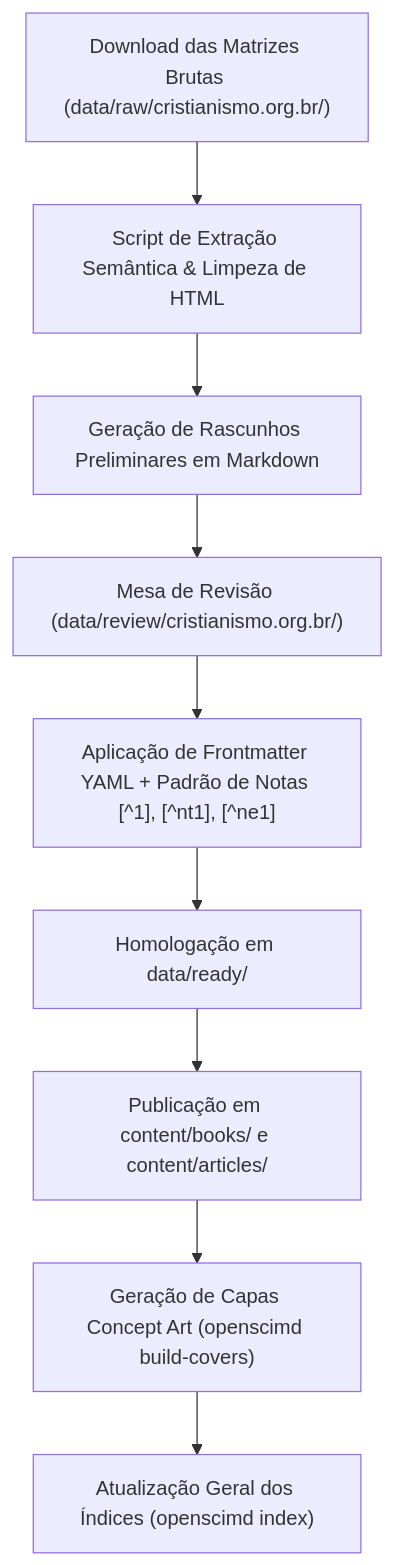
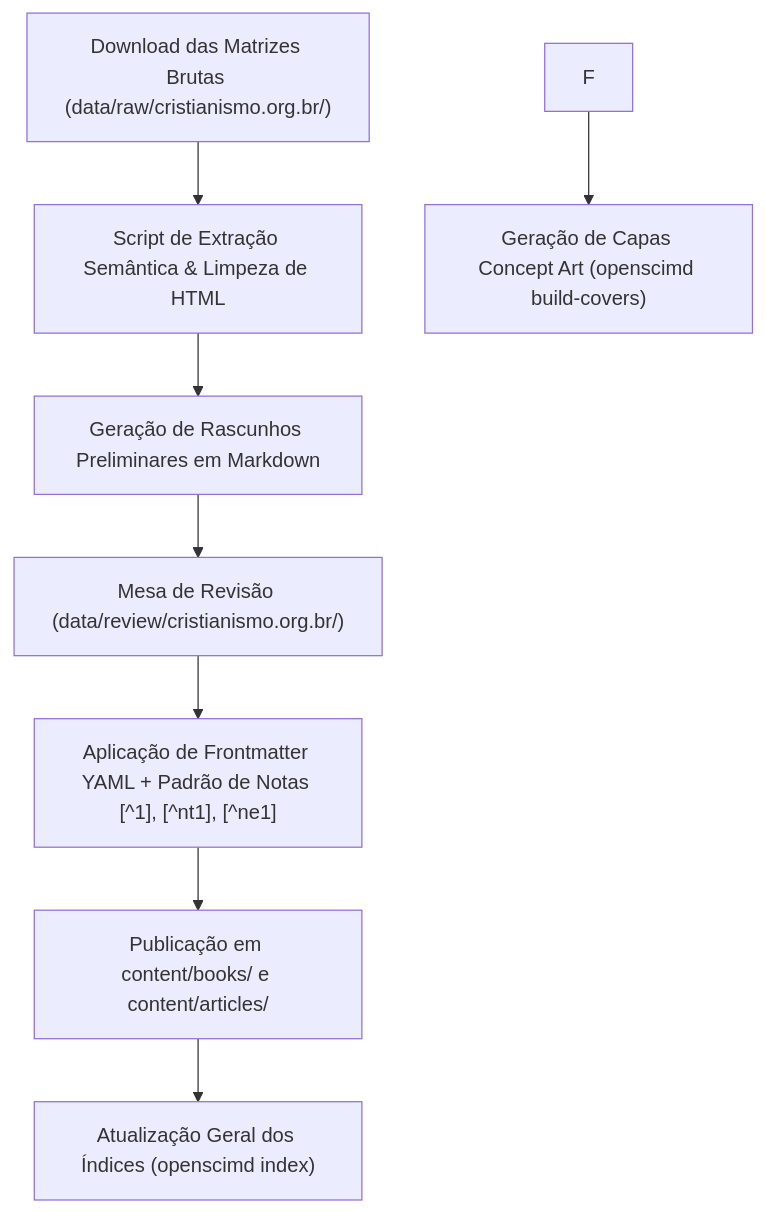
The diagram in docs/plano-digitalizacao-cristianismo-org-br.md (HelenoSalgado/openscimd), drawn with Mermaid before and after one commit. The commit also changed other lines of this file and 64 other files, not shown here.

````diff
--- a/docs/plano-digitalizacao-cristianismo-org-br.md
+++ b/docs/plano-digitalizacao-cristianismo-org-br.md
@@ -80,11 +80,10 @@
 ```mermaid
 graph TD
     A["Download das Matrizes Brutas (data/raw/cristianismo.org.br/)"] --> B["Script de Extração Semântica & Limpeza de HTML"]
     B --> C["Geração de Rascunhos Preliminares em Markdown"]
     C --> D["Mesa de Revisão (data/review/cristianismo.org.br/)"]
     D --> E["Aplicação de Frontmatter YAML + Padrão de Notas [^1], [^nt1], [^ne1]"]
-    E --> F["Homologação em data/ready/"]
-    F --> G["Publicação em content/books/ e content/articles/"]
-    G --> H["Geração de Capas Concept Art (openscimd build-covers)"]
-    H --> I["Atualização Geral dos Índices (openscimd index)"]
+    E --> G["Publicação em content/books/ e content/articles/"]
+    F --> H["Geração de Capas Concept Art (openscimd build-covers)"]
+    G --> I["Atualização Geral dos Índices (openscimd index)"]
 ```
````
